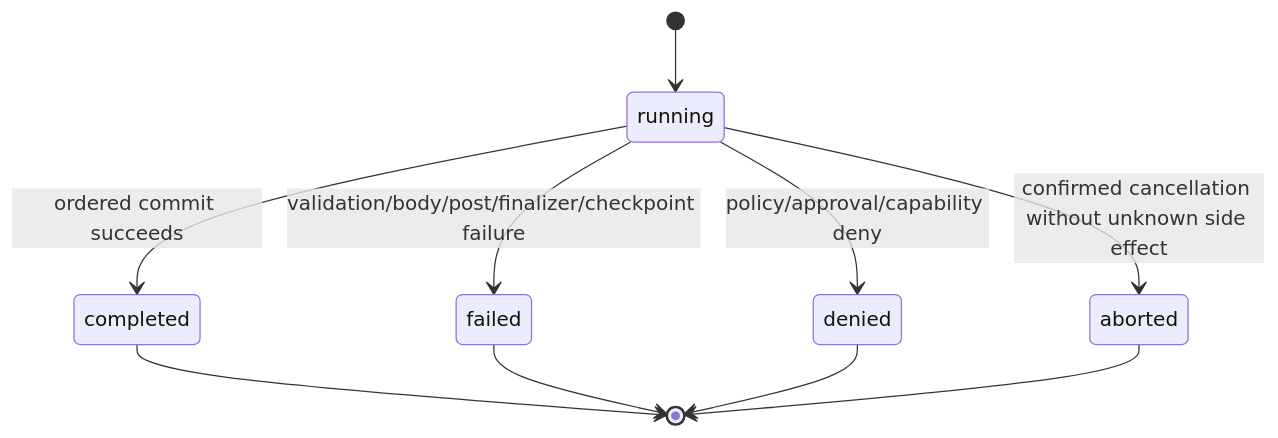
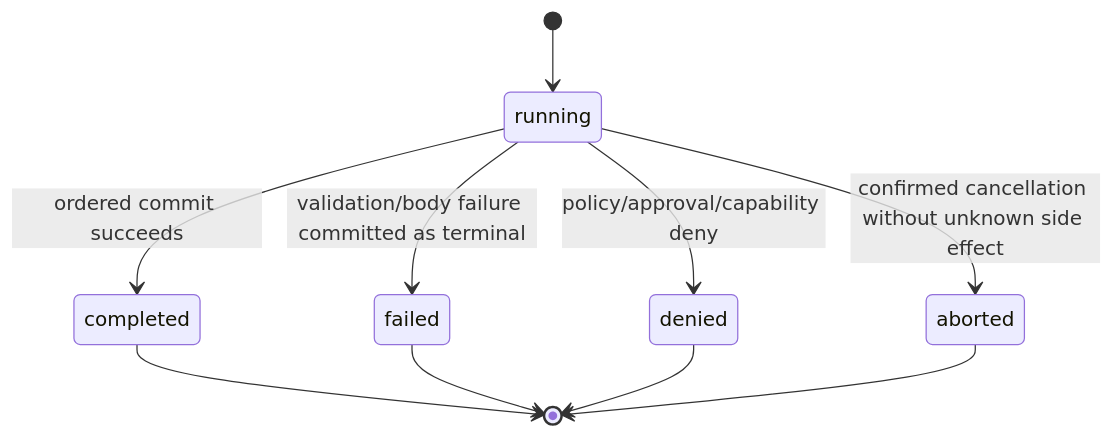
Before and after one commit to WakeUp-Jin/actspace-agent: the second of 2 diagrams in docs/design-docs/agent-plugin-runtime/agent-spec-runtime-projection.md, drawn with Mermaid. The commit also changed other lines of this file and 294 other files, not shown here.

````diff
--- a/docs/design-docs/agent-plugin-runtime/agent-spec-runtime-projection.md
+++ b/docs/design-docs/agent-plugin-runtime/agent-spec-runtime-projection.md
@@ -277,12 +277,12 @@
 ```mermaid
 stateDiagram-v2
   [*] --> running
   running --> completed: ordered commit succeeds
-  running --> failed: validation/body/post/finalizer/checkpoint failure
+  running --> failed: validation/body failure committed as terminal
   running --> denied: policy/approval/capability deny
   running --> aborted: confirmed cancellation without unknown side effect
   completed --> [*]
   failed --> [*]
   denied --> [*]
   aborted --> [*]
 ```
````
